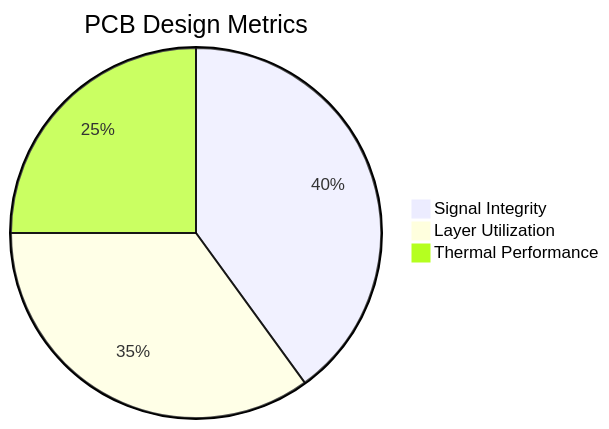
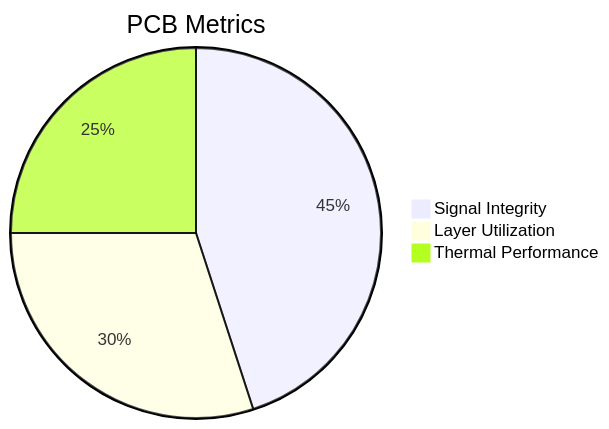
One commit to Vrajsp/Vrajsp changed the diagram in README.md. Above: the diagram before and after it, drawn with Mermaid. The commit also changed other lines of this file, not shown here.

````diff
--- a/README.md
+++ b/README.md
@@ -43,7 +42,6 @@
 ```mermaid
-pie
-    title PCB Design Metrics
-    "Signal Integrity": 40
-    "Layer Utilization": 35
-    "Thermal Performance": 25
+pie title PCB Metrics
+  "Signal Integrity" : 45
+  "Layer Utilization" : 30
+  "Thermal Performance" : 25
 ```
````
